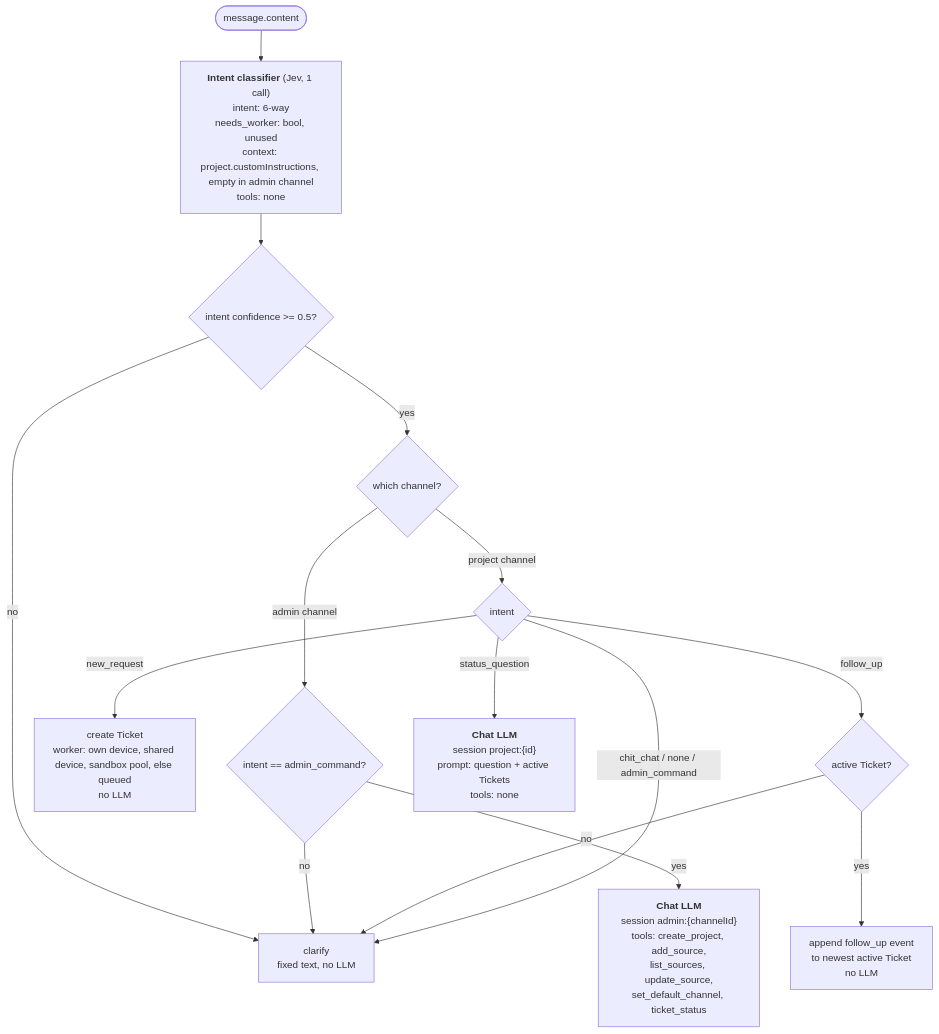
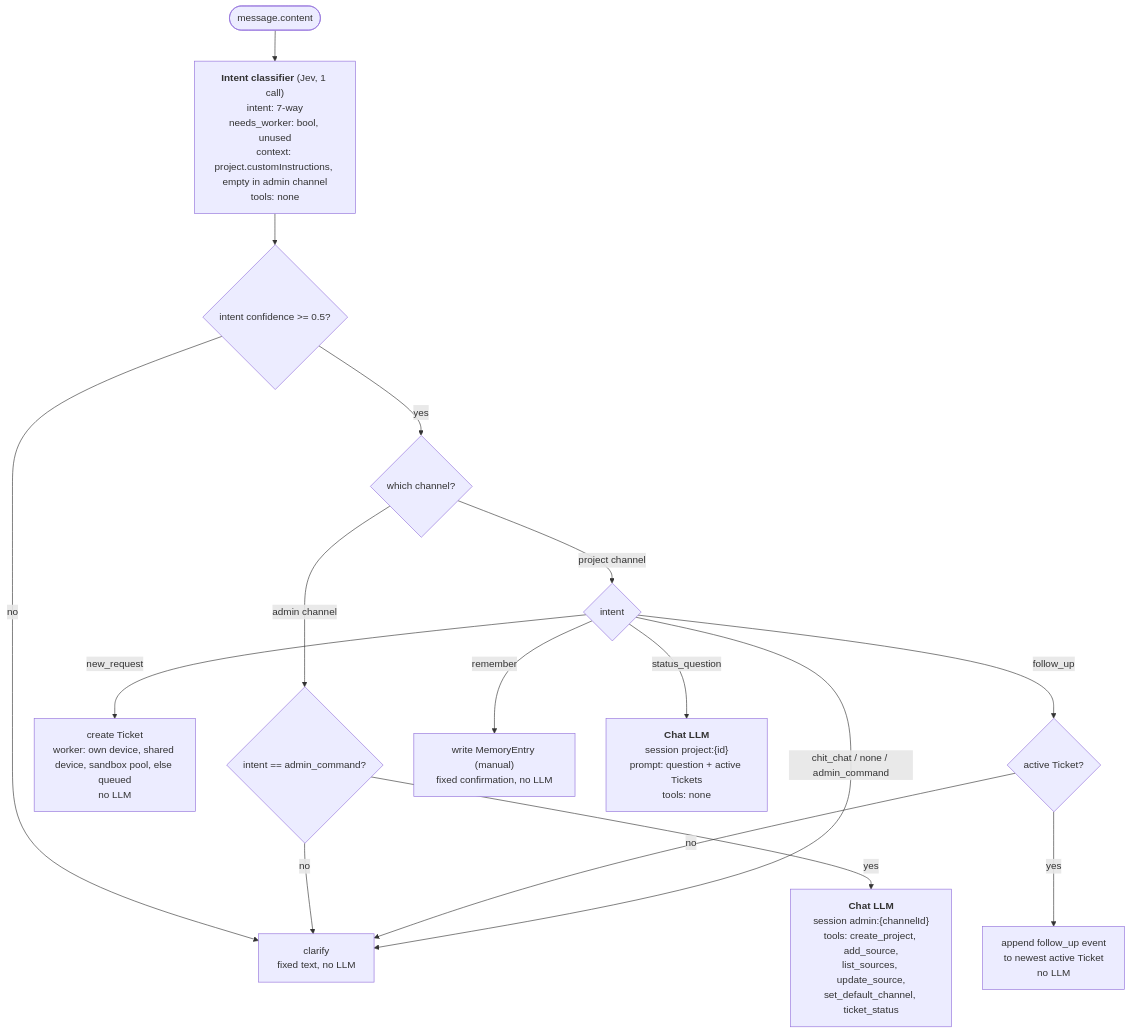
Before and after one commit to joel611/project-os: the diagram in apps/coordinator/DECISION_TREE.md, drawn with Mermaid. The commit also changed 6 other files, not shown here.

First line of the commit message:
feat(coordinator): save 'remember ...' messages to project memory (#77)

````diff
--- a/apps/coordinator/DECISION_TREE.md
+++ b/apps/coordinator/DECISION_TREE.md
@@ -10,19 +10,20 @@
 ```mermaid
 flowchart TD
-    msg([message.content]) --> clf["<b>Intent classifier</b> (Jev, 1 call)<br/>intent: 6-way<br/>needs_worker: bool, unused<br/>context: project.customInstructions, empty in admin channel<br/>tools: none"]
+    msg([message.content]) --> clf["<b>Intent classifier</b> (Jev, 1 call)<br/>intent: 7-way<br/>needs_worker: bool, unused<br/>context: project.customInstructions, empty in admin channel<br/>tools: none"]
     clf --> conf{"intent confidence >= 0.5?"}
     conf -- no --> clarify["clarify<br/>fixed text, no LLM"]
     conf -- yes --> chan{"which channel?"}
 
     chan -- admin channel --> isadmin{"intent == admin_command?"}
     isadmin -- no --> clarify
     isadmin -- yes --> adminllm["<b>Chat LLM</b><br/>session admin:{channelId}<br/>tools: create_project, add_source,<br/>list_sources, update_source,<br/>set_default_channel, ticket_status"]
 
     chan -- project channel --> intent{"intent"}
     intent -- new_request --> newt["create Ticket<br/>worker: own device, shared device, sandbox pool, else queued<br/>no LLM"]
     intent -- follow_up --> fu{"active Ticket?"}
     fu -- yes --> fuev["append follow_up event<br/>to newest active Ticket<br/>no LLM"]
     fu -- no --> clarify
+    intent -- remember --> mem["write MemoryEntry (manual)<br/>fixed confirmation, no LLM"]
     intent -- status_question --> statusllm["<b>Chat LLM</b><br/>session project:{id}<br/>prompt: question + active Tickets<br/>tools: none"]
     intent -- "chit_chat / none / admin_command" --> clarify
 ```
````
